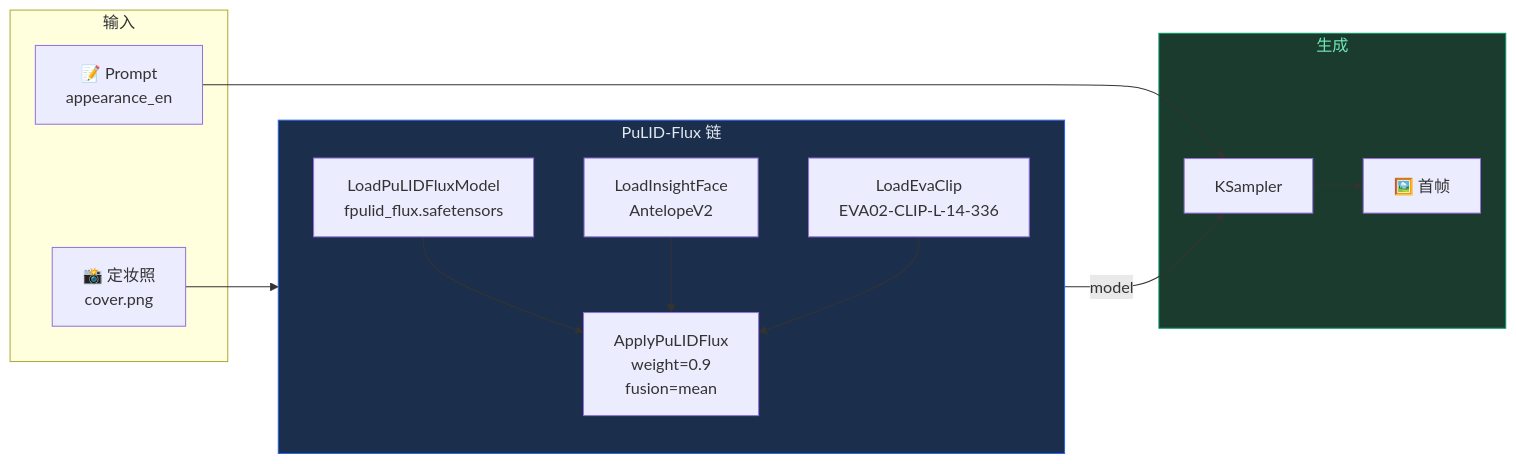
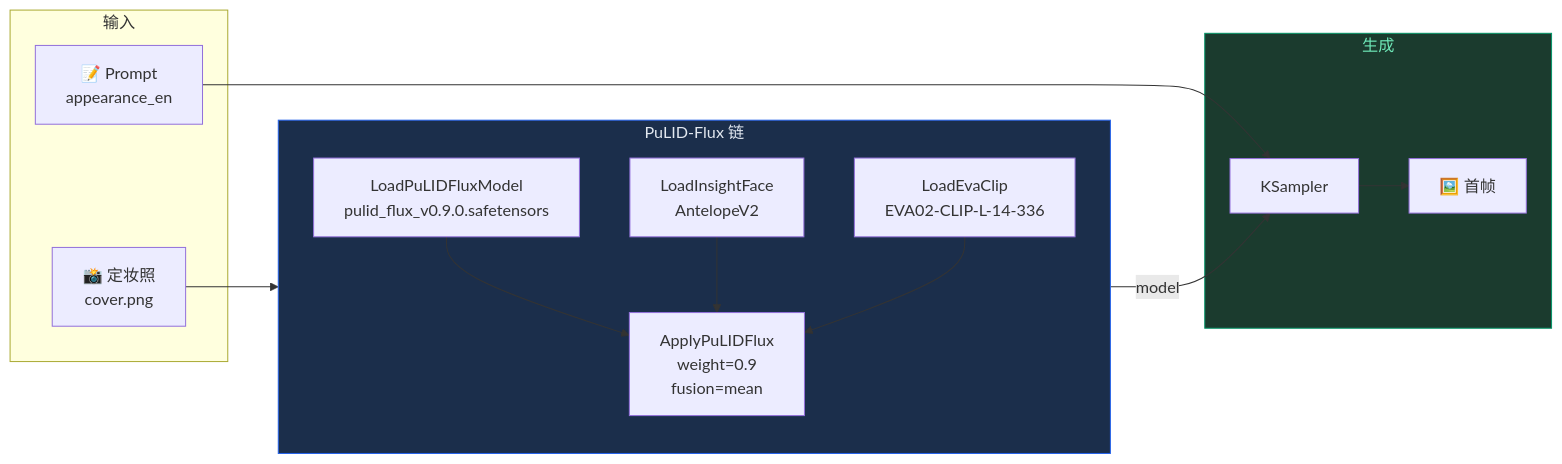
The tenth of 12 diagrams in docs/pipeline.md (brother2050/ai-drama-pipeline-v2), drawn with Mermaid before and after one commit. The commit also changed other lines of this file and 6 other files, not shown here.

````diff
--- a/docs/pipeline.md
+++ b/docs/pipeline.md
@@ -404,31 +404,31 @@
 ```mermaid
 flowchart LR
     subgraph input["输入"]
         ref["📸 定妆照<br/>cover.png"]
         prompt["📝 Prompt<br/>appearance_en"]
     end
 
     subgraph pulid["PuLID-Flux 链"]
         direction TB
-        pid["LoadPuLIDFluxModel<br/>fpulid_flux.safetensors"]
+        pid["LoadPuLIDFluxModel<br/>pulid_flux_v0.9.0.safetensors"]
         face["LoadInsightFace<br/>AntelopeV2"]
         eva["LoadEvaClip<br/>EVA02-CLIP-L-14-336"]
         apply["ApplyPuLIDFlux<br/>weight=0.9<br/>fusion=mean"]
         ref --> apply
         pid --> apply
         face --> apply
         eva --> apply
     end
 
     subgraph gen["生成"]
         ks["KSampler"]
         out["🖼️ 首帧"]
     end
 
     prompt --> ks
     apply -->|"model"| ks
     ks --> out
 
     style pulid fill:#1b2e4b,stroke:#2563eb,color:#e2e8f0
     style gen fill:#1b3b2e,stroke:#059669,color:#6ee7b7
 ```
````
